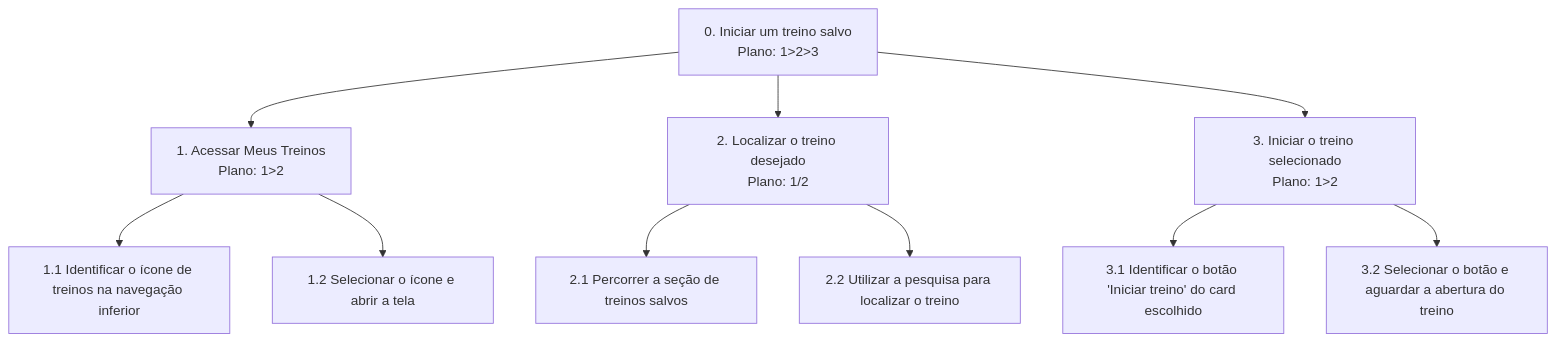
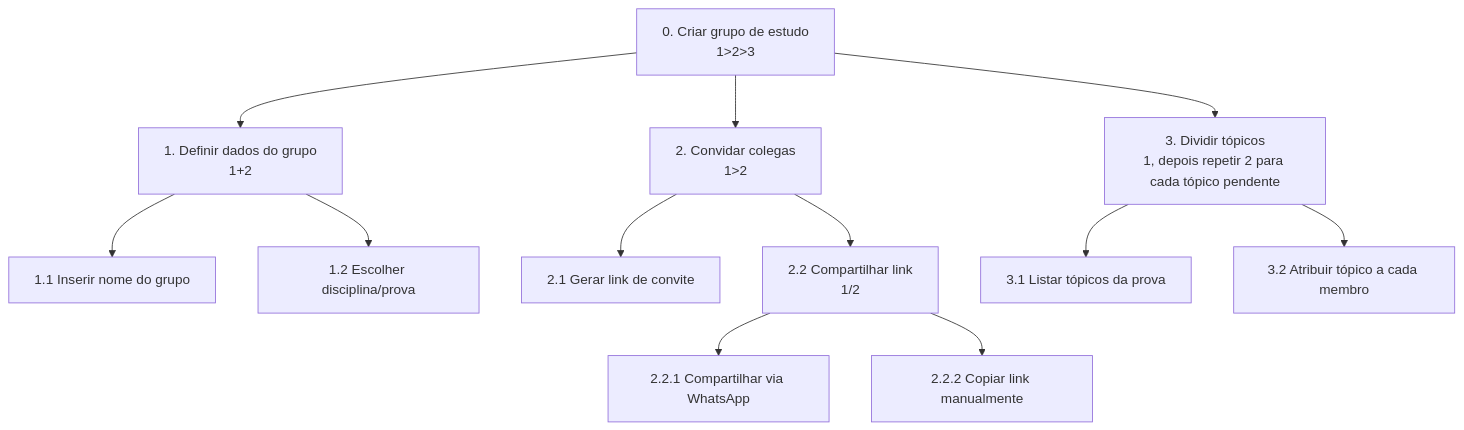
One commit to viniciusssjbk/Projeto-Experi-ncia-do-Usu-rio changed the diagram in docs/6_analise_tarefas.md. Above: the diagram before and after it, drawn with Mermaid. The commit also changed other lines of this file and 25 other files, not shown here.

````diff
--- a/docs/6_analise_tarefas.md
+++ b/docs/6_analise_tarefas.md
@@ -11,15 +32,14 @@
 ```mermaid
 graph TD
-    A["0. Iniciar um treino salvo<br/>Plano: 1>2>3"]
-    A --> B["1. Acessar Meus Treinos<br/>Plano: 1>2"]
-    B --> B1["1.1 Identificar o ícone de treinos na navegação inferior"]
-    B --> B2["1.2 Selecionar o ícone e abrir a tela"]
-
-    A --> C["2. Localizar o treino desejado<br/>Plano: 1/2"]
-    C --> C1["2.1 Percorrer a seção de treinos salvos"]
-    C --> C2["2.2 Utilizar a pesquisa para localizar o treino"]
-
-    A --> D["3. Iniciar o treino selecionado<br/>Plano: 1>2"]
-    D --> D1["3.1 Identificar o botão 'Iniciar treino' do card escolhido"]
-    D --> D2["3.2 Selecionar o botão e aguardar a abertura do treino"]
+    A["0. Criar grupo de estudo<br/>1>2>3"] --> B["1. Definir dados do grupo<br/>1+2"]
+    A --> C["2. Convidar colegas<br/>1>2"]
+    A --> D["3. Dividir tópicos<br/>1, depois repetir 2 para cada tópico pendente"]
+    B --> B1["1.1 Inserir nome do grupo"]
+    B --> B2["1.2 Escolher disciplina/prova"]
+    C --> C1["2.1 Gerar link de convite"]
+    C --> C2["2.2 Compartilhar link<br/>1/2"]
+    C2 --> C2a["2.2.1 Compartilhar via WhatsApp"]
+    C2 --> C2b["2.2.2 Copiar link manualmente"]
+    D --> D1["3.1 Listar tópicos da prova"]
+    D --> D2["3.2 Atribuir tópico a cada membro"]
 ```
````
